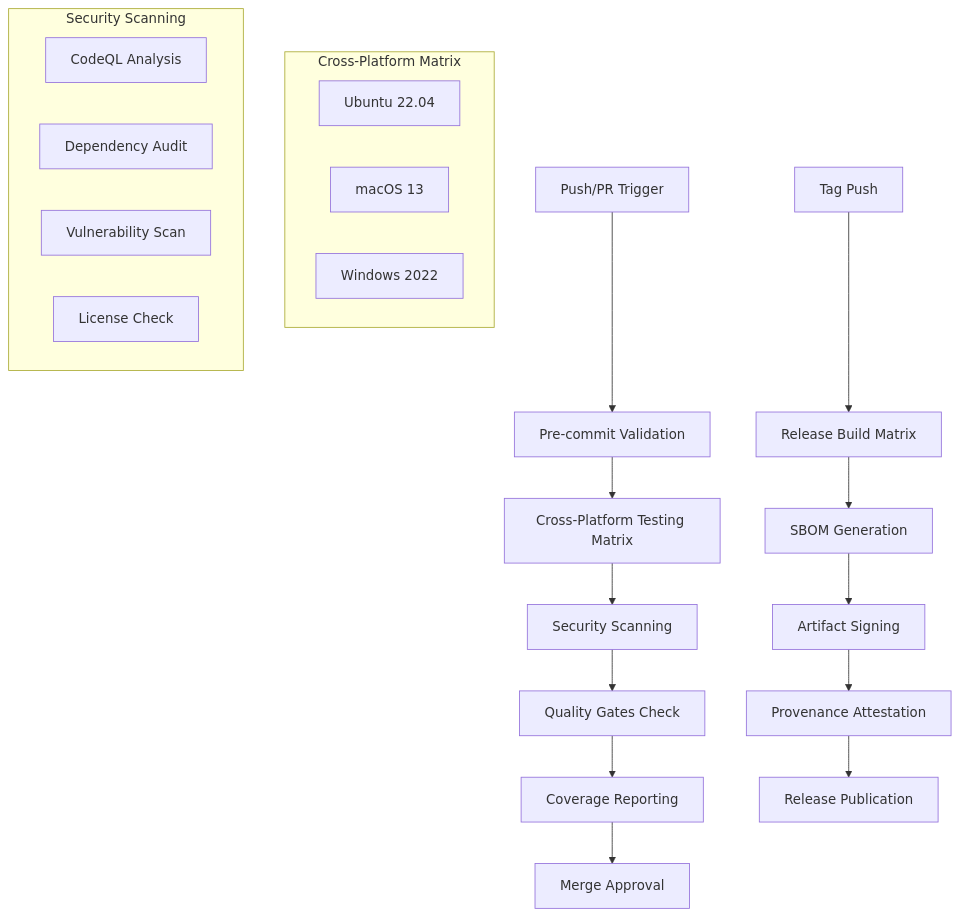
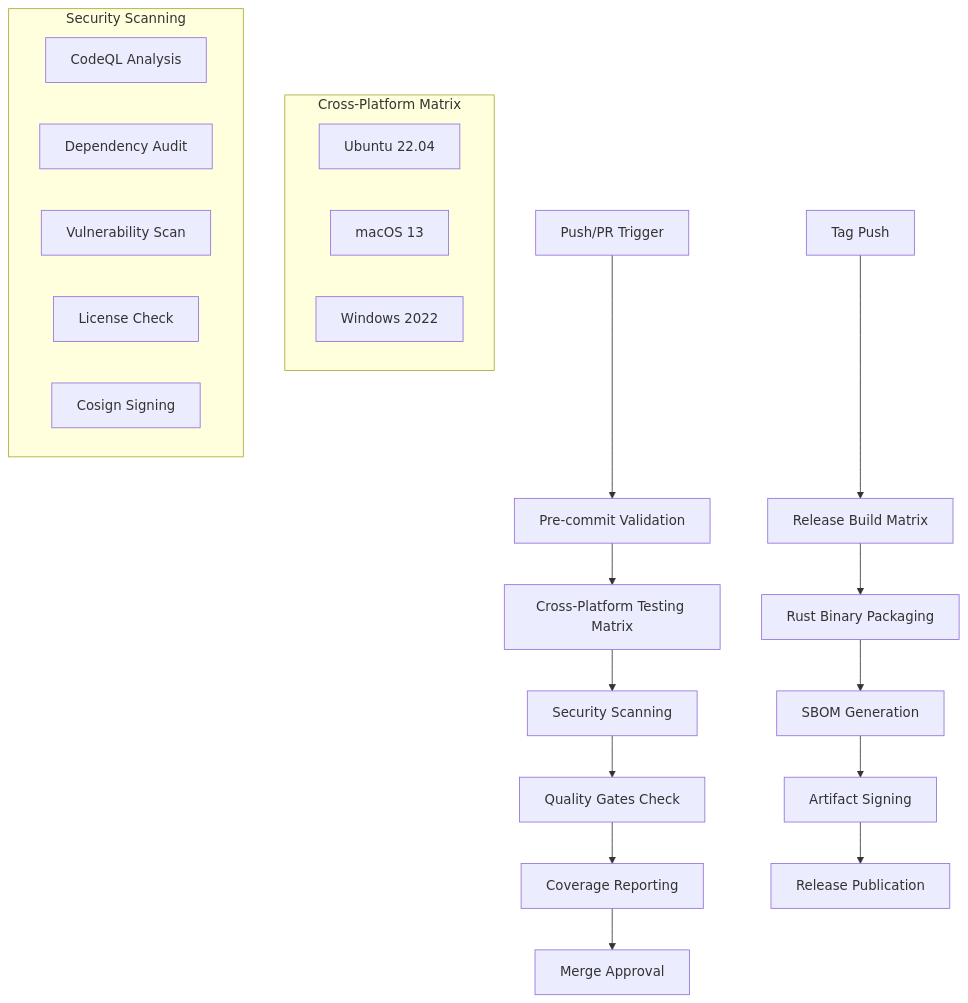
Before and after one commit to unclesp1d3r/gold_digger: the diagram in .kiro/specs/ci-cd-pipeline-enhancement/design.md, drawn with Mermaid. The commit also changed other lines of this file and 11 other files, not shown here.

````diff
--- a/.kiro/specs/ci-cd-pipeline-enhancement/design.md
+++ b/.kiro/specs/ci-cd-pipeline-enhancement/design.md
@@ -34,28 +34,29 @@
 ```mermaid
 graph TD
     A[Push/PR Trigger] --> B[Pre-commit Validation]
     B --> C[Cross-Platform Testing Matrix]
     C --> D[Security Scanning]
     D --> E[Quality Gates Check]
     E --> F[Coverage Reporting]
     F --> G[Merge Approval]
 
     H[Tag Push] --> I[Release Build Matrix]
-    I --> J[SBOM Generation]
-    J --> K[Artifact Signing]
-    K --> L[Provenance Attestation]
+    I --> J[Rust Binary Packaging]
+    J --> K[SBOM Generation]
+    K --> L[Artifact Signing]
     L --> M[Release Publication]
 
     subgraph "Cross-Platform Matrix"
         C1[Ubuntu 22.04]
         C2[macOS 13]
         C3[Windows 2022]
     end
 
     subgraph "Security Scanning"
         D1[CodeQL Analysis]
         D2[Dependency Audit]
         D3[Vulnerability Scan]
         D4[License Check]
+        D5[Cosign Signing]
     end
 ```
````
